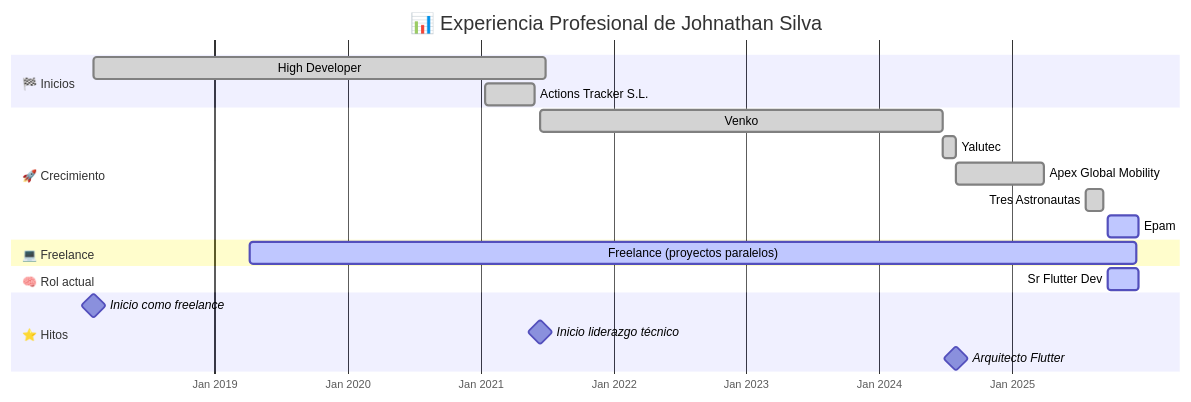
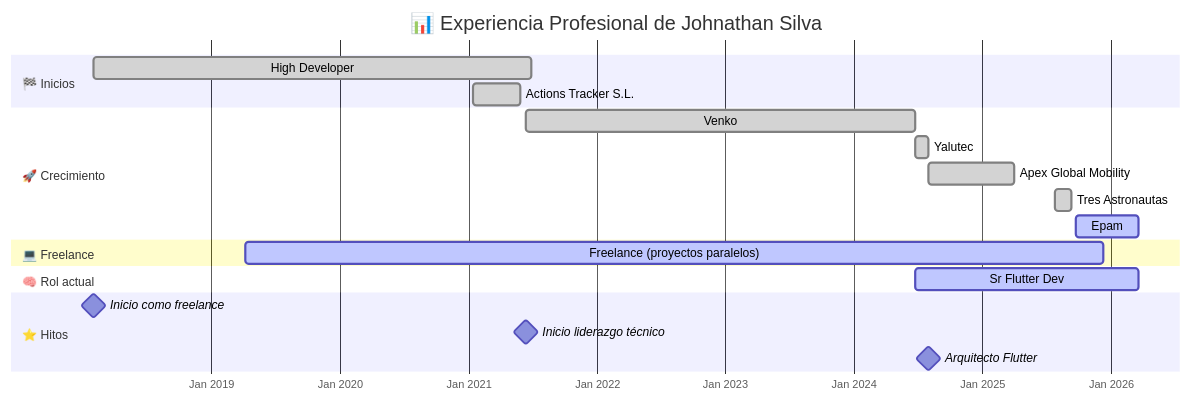
One commit to johnathan23/johnathan23 changed the sixth of 6 diagrams in README.md. Above: the diagram before and after it, drawn with Mermaid. The commit also changed other lines of this file, not shown here.

````diff
--- a/README.md
+++ b/README.md
@@ -79,28 +79,28 @@
 ```mermaid
 gantt
   title 📊 Experiencia Profesional de Johnathan Silva
   dateFormat  YYYY-MM-DD
   axisFormat  %b %Y
 
   section 🏁 Inicios
   High Developer       :done, 2018-02-01, 2021-06-30
   Actions Tracker S.L. :done, 2021-01-14, 2021-05-30
 
   section 🚀 Crecimiento
   Venko               :done, 2021-06-14, 2024-06-24
   Yalutec             :done, 2024-06-24, 2024-07-31
   Apex Global Mobility:done, 2024-08-01, 2025-03-31
   Tres Astronautas    :done, 2025-07-24, 2025-09-10
-  Epam                :active, 2025-09-22, 2025-12-16
+  Epam                :active, 2025-09-22, 2026-03-20
 
   section 💻 Freelance
   Freelance (proyectos paralelos) :active, 2019-04-08, 2025-12-10
 
   section 🧠 Rol actual
-  Sr Flutter Dev :active, 2025-09-22, 2025-12-16
+  Sr Flutter Dev :active, 2024-06-24, 2026-03-20
 
   section ⭐ Hitos
   Inicio como freelance     :milestone, 2018-02-01, 0d
   Inicio liderazgo técnico  :milestone, 2021-06-14, 0d
   Arquitecto Flutter        :milestone, 2024-08-01, 0d
 ```
````
